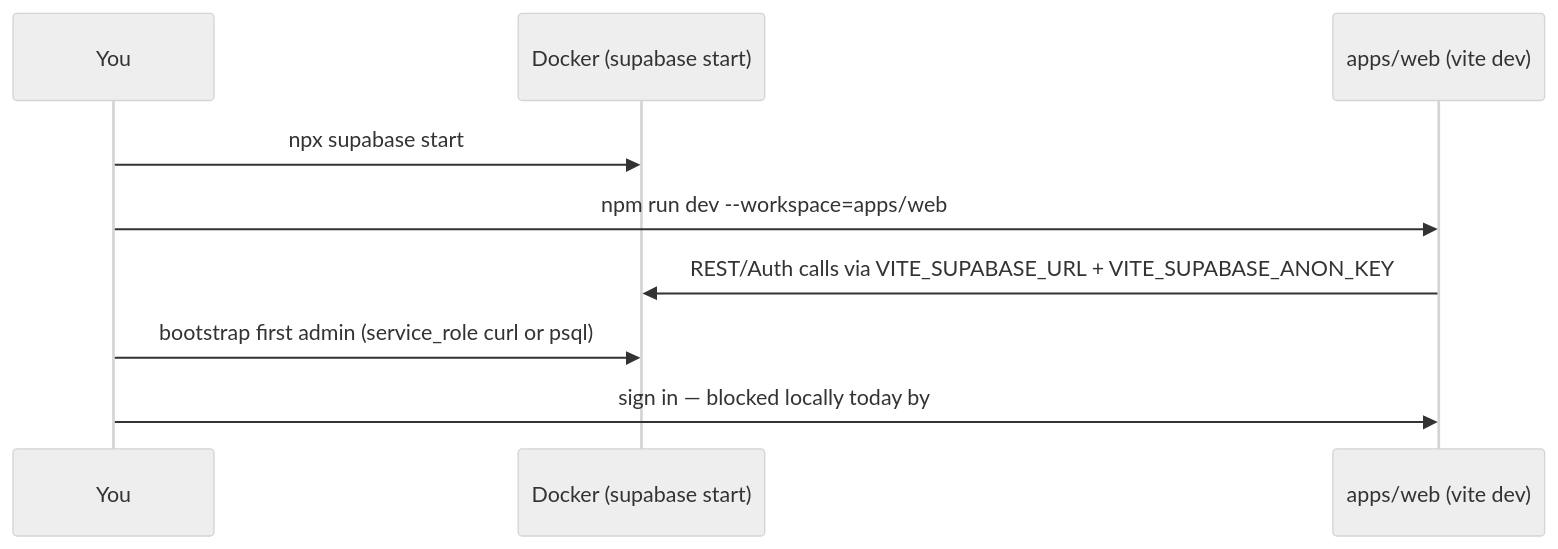
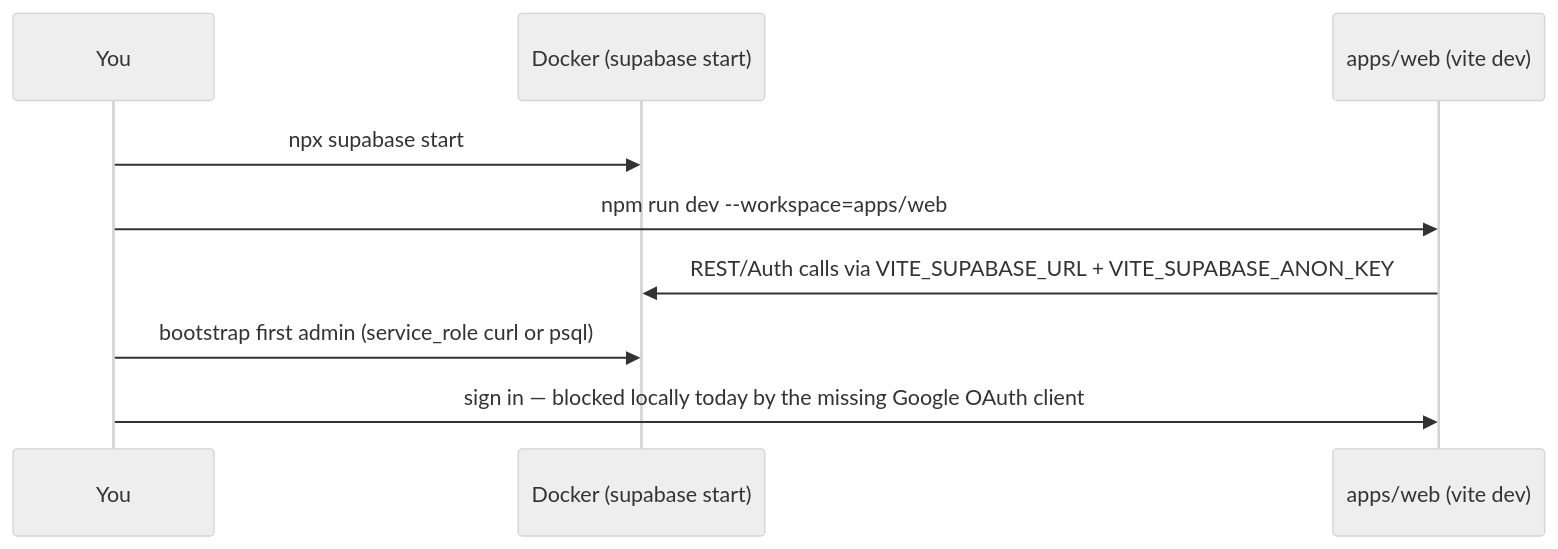
Before and after one commit to fluffygeek/LiveOakv3: the second of 2 diagrams in docs/deploy-demo.md, drawn with Mermaid (neutral theme). The commit also changed other lines of this file, not shown here.

````diff
--- a/docs/deploy-demo.md
+++ b/docs/deploy-demo.md
@@ -195,12 +162,12 @@
 ```mermaid
 sequenceDiagram
     participant You
     participant Docker as Docker (supabase start)
     participant Web as apps/web (vite dev)
 
     You->>Docker: npx supabase start
     You->>Web: npm run dev --workspace=apps/web
     Web->>Docker: REST/Auth calls via VITE_SUPABASE_URL + VITE_SUPABASE_ANON_KEY
     You->>Docker: bootstrap first admin (service_role curl or psql)
-    You->>Web: sign in — blocked locally today by #42 + missing Google OAuth client
+    You->>Web: sign in — blocked locally today by the missing Google OAuth client
 ```
````
